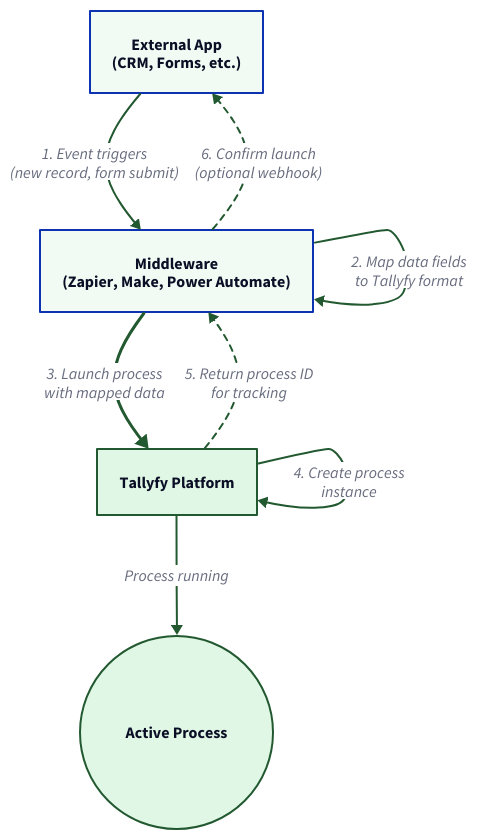
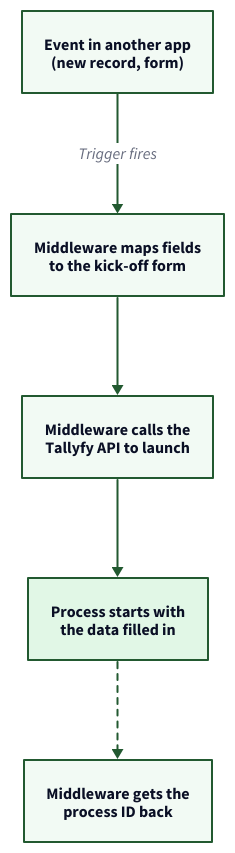
The diagram in src/content/docs/pro/launching/triggers/via-middleware.mdx (tallyfy/documentation), drawn with D2 before and after one commit. The commit also changed other lines of this file and 12 other files, not shown here.

First line of the commit message:
Redraw 14 diagrams on 13 help pages so their text reads at full size

````diff
--- a/src/content/docs/pro/launching/triggers/via-middleware.mdx
+++ b/src/content/docs/pro/launching/triggers/via-middleware.mdx
@@ -43,68 +43,46 @@
 ```d2
 # Middleware Integration Flow
 direction: down
 
-# Source System
-External_App: External Application {
-  shape: rectangle
+External_App: "Event in another app\n(new record, form)" {
   style.fill: "#f2faf4"
-  label: "External App\n(CRM, Forms, etc.)"
+  style.stroke: "#225930"
 }
 
-# Integration Layer
-Middleware: Middleware Platform {
-  shape: rectangle
+Map: "Middleware maps fields\nto the kick-off form" {
   style.fill: "#f2faf4"
-  label: "Middleware\n(Zapier, Make, Power Automate)"
+  style.stroke: "#225930"
 }
 
-# Target System
-Tallyfy: Tallyfy Platform {
-  shape: rectangle
+Launch: "Middleware calls the\nTallyfy API to launch" {
+  style.fill: "#f2faf4"
+  style.stroke: "#225930"
+}
+
+Process: "Process starts with\nthe data filled in" {
   style.fill: "#e1f7e6"
   style.stroke: "#225930"
   style.stroke-width: 2
 }
 
-# Process Flow
-External_App -> Middleware: 1. Event triggers\n(new record, form submit) {
+Track: "Middleware gets the\nprocess ID back" {
+  style.fill: "#f2faf4"
+  style.stroke: "#225930"
+}
+
+External_App -> Map: "Trigger fires" {
   style.stroke: "#225930"
   style.stroke-width: 2
 }
-
-Middleware -> Middleware: 2. Map data fields\nto Tallyfy format {
+Map -> Launch: {
   style.stroke: "#225930"
 }
-
-Middleware -> Tallyfy: 3. Launch process\nwith mapped data {
+Launch -> Process: {
   style.stroke: "#225930"
-  style.stroke-width: 3
+  style.stroke-width: 2
 }
-
-Tallyfy -> Tallyfy: 4. Create process\ninstance {
-  style.stroke: "#225930"
-}
-
-Tallyfy -> Middleware: 5. Return process ID\nfor tracking {
+Process -> Track: {
   style.stroke: "#225930"
   style.stroke-dash: 3
 }
-
-Middleware -> External_App: 6. Confirm launch\n(optional webhook) {
-  style.stroke: "#225930"
-  style.stroke-dash: 3
-}
-
-# Process Instance
-Process: Active Process {
-  shape: circle
-  style.fill: "#e1f7e6"
-  style.stroke: "#225930"
-  style.stroke-width: 2
-}
-
-Tallyfy -> Process: Process running {
-  style.stroke: "#225930"
-  style.stroke-width: 2
-}
 ```
````
